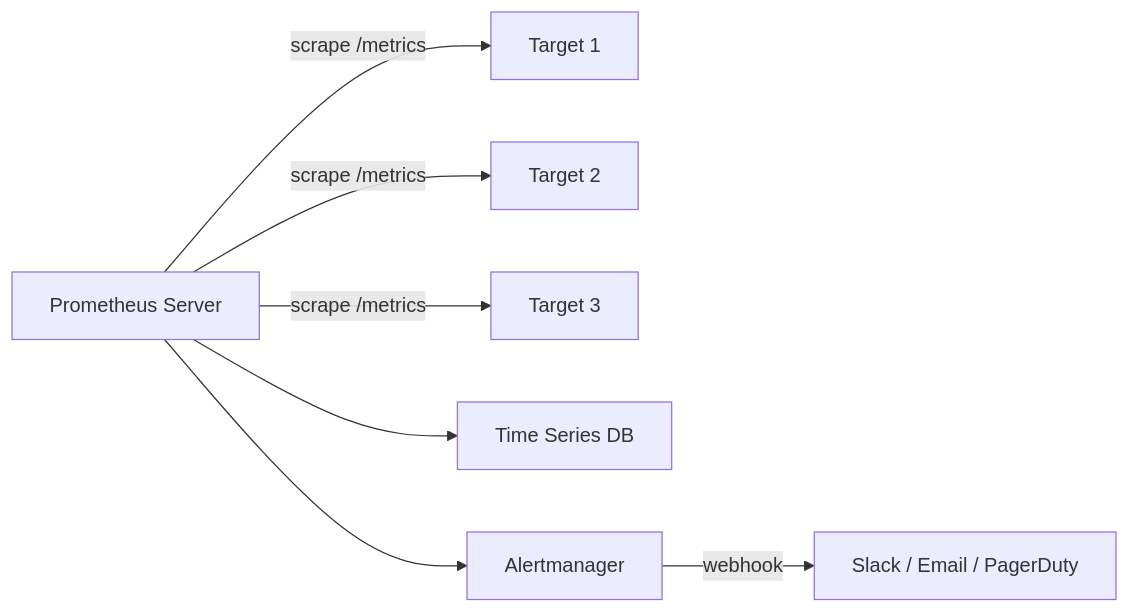
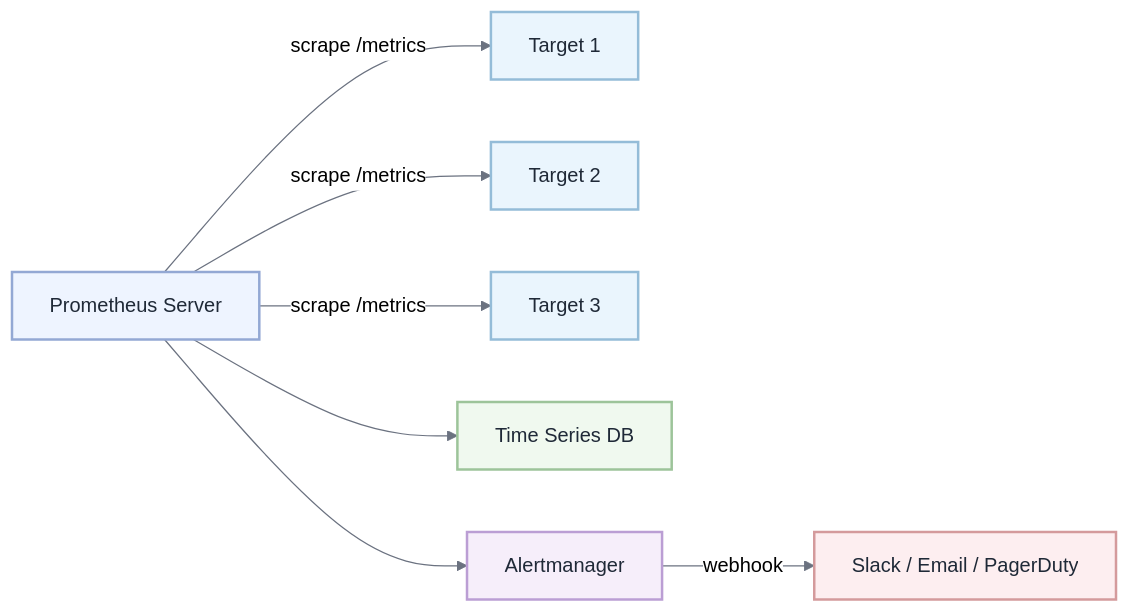
The second of 3 diagrams in docs/interview/observability-monitoring.md (MishaSytch/middle_java_back), drawn with Mermaid before and after one commit. The commit also changed other lines of this file and 15 other files, not shown here.

````diff
--- a/docs/interview/observability-monitoring.md
+++ b/docs/interview/observability-monitoring.md
@@ -114,9 +127,23 @@
 ```mermaid
+%%{init: { 'theme': 'neutral', 'themeVariables': { 'primaryColor': '#ffffff', 'primaryTextColor': '#1f2937', 'lineColor': '#6b7280', 'primaryBorderColor': '#d1d5db', 'secondaryColor': '#f3f4f6', 'tertiaryColor': '#e5e7eb' } } }%%
 flowchart LR
     P["Prometheus Server"] -->|"scrape /metrics"| T1["Target 1"]
     P -->|"scrape /metrics"| T2["Target 2"]
     P -->|"scrape /metrics"| T3["Target 3"]
     P --> TS["Time Series DB"]
     P --> Alert["Alertmanager"]
     Alert -->|"webhook"| Channel["Slack / Email / PagerDuty"]
+    classDef n0 fill:#eef4ff,stroke:#93a8d4,stroke-width:2px,color:#1f2937
+    classDef n1 fill:#eaf5fd,stroke:#94bcd8,stroke-width:2px,color:#1f2937
+    classDef n2 fill:#f0f9ef,stroke:#9dc49a,stroke-width:2px,color:#1f2937
+    classDef n3 fill:#f6eefa,stroke:#bb9ed4,stroke-width:2px,color:#1f2937
+    classDef n4 fill:#fdeef0,stroke:#d49a9c,stroke-width:2px,color:#1f2937
+    classDef n5 fill:#fbeaf3,stroke:#cf9fc2,stroke-width:2px,color:#1f2937
+    class P n0
+    class T1 n1
+    class T2 n1
+    class T3 n1
+    class TS n2
+    class Alert n3
+    class Channel n4
 ```
````
